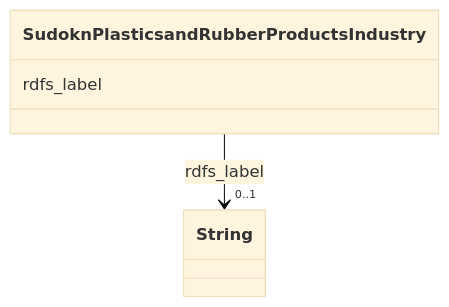
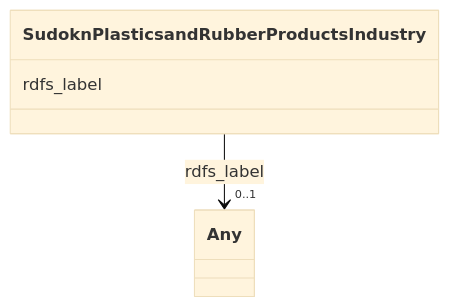
One commit to frink-okn/graph-descriptions changed the diagram in sudokn-kg/classes/SudoknPlasticsandRubberProductsIndustry.md. Above: the diagram before and after it, drawn with Mermaid (base theme). The commit also changed other lines of this file and 903 other files, not shown here.

````diff
--- a/sudokn-kg/classes/SudoknPlasticsandRubberProductsIndustry.md
+++ b/sudokn-kg/classes/SudoknPlasticsandRubberProductsIndustry.md
@@ -23,15 +18,15 @@
 ```mermaid
  classDiagram
     class SudoknPlasticsandRubberProductsIndustry
     click SudoknPlasticsandRubberProductsIndustry href "../SudoknPlasticsandRubberProductsIndustry"
       SudoknPlasticsandRubberProductsIndustry : rdfs_label
         
           
     
     
-    SudoknPlasticsandRubberProductsIndustry --> "0..1" String : rdfs_label
-    click String href "../String"
+    SudoknPlasticsandRubberProductsIndustry --> "0..1" Any : rdfs_label
+    click Any href "../Any"
 
         
       
 ```
````
